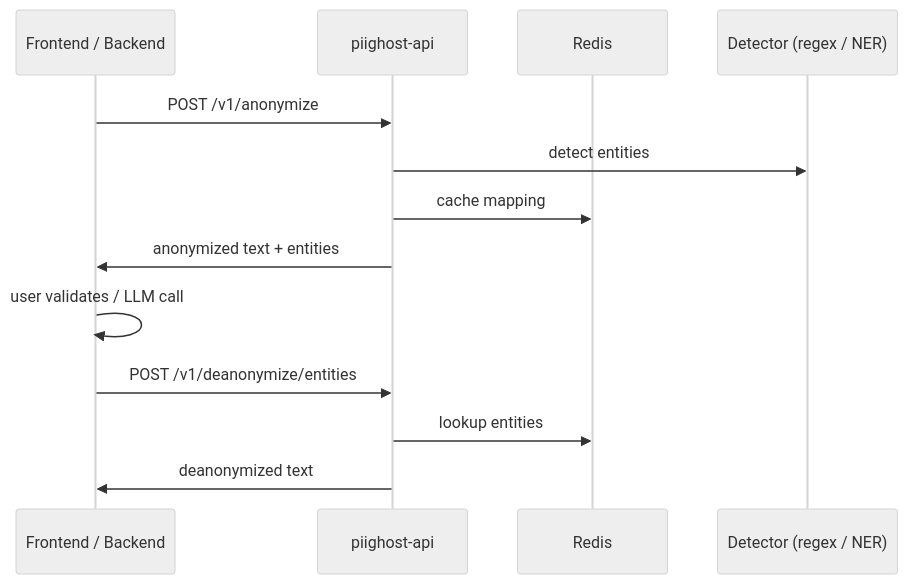
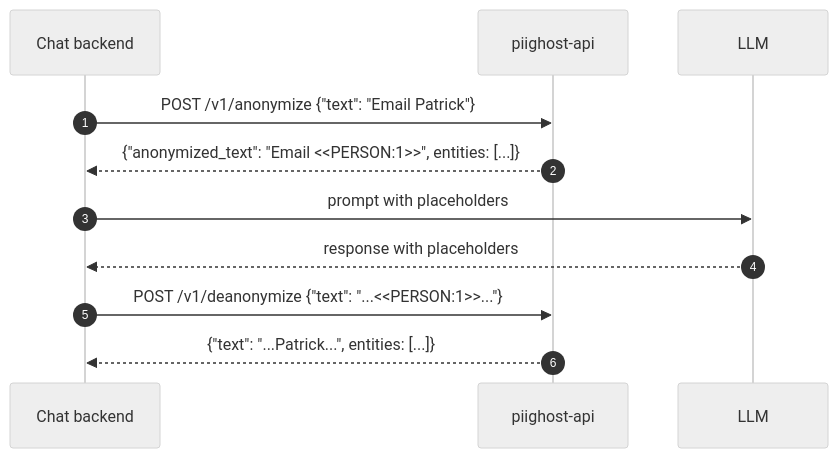
Before and after one commit to Athroniaeth/piighost-api: the diagram in README.md, drawn with Mermaid (neutral theme). The commit also changed other lines of this file and 1 other file, not shown here.

````diff
--- a/README.md
+++ b/README.md
@@ -258,18 +14,14 @@
 ```mermaid
 sequenceDiagram
-    participant F as Frontend / Backend
+    autonumber
+    participant C as Chat backend
     participant A as piighost-api
-    participant R as Redis
-    participant M as Detector (regex / NER)
+    participant L as LLM
 
-    F->>A: POST /v1/anonymize
-    A->>M: detect entities
-    A->>R: cache mapping
-    A->>F: anonymized text + entities
-
-    F->>F: user validates / LLM call
-
-    F->>A: POST /v1/deanonymize/entities
-    A->>R: lookup entities
-    A->>F: deanonymized text
+    C->>A: POST /v1/anonymize {"text": "Email Patrick"}
+    A-->>C: {"anonymized_text": "Email <<PERSON:1>>", entities: [...]}
+    C->>L: prompt with placeholders
+    L-->>C: response with placeholders
+    C->>A: POST /v1/deanonymize {"text": "...<<PERSON:1>>..."}
+    A-->>C: {"text": "...Patrick...", entities: [...]}
 ```
````
